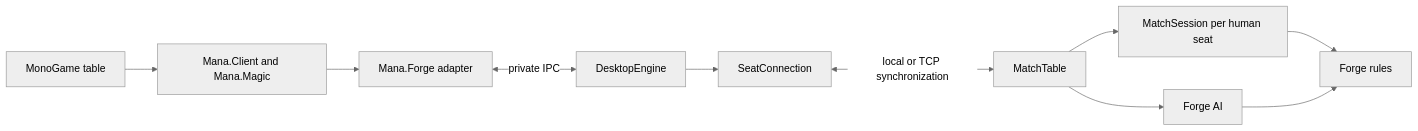
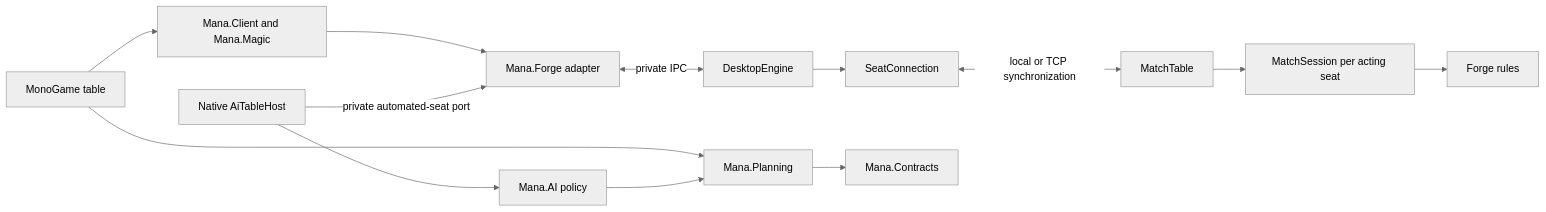
Before and after one commit to proflayton/Mana-Table: the second of 2 diagrams in docs/Development/Mana-Table-Architecture.md, drawn with Mermaid (neutral theme). The commit also changed other lines of this file and 242 other files, not shown here.

````diff
--- a/docs/Development/Mana-Table-Architecture.md
+++ b/docs/Development/Mana-Table-Architecture.md
@@ -1466,12 +1716,15 @@
 ```mermaid
 flowchart LR
     Native[MonoGame table] --> Client[Mana.Client and Mana.Magic]
+    Native --> Planning[Mana.Planning]
     Client --> Adapter[Mana.Forge adapter]
     Adapter <-->|private IPC| Host[DesktopEngine]
     Host --> Connection[SeatConnection]
     Connection <-->|local or TCP synchronization| Table[MatchTable]
-    Table --> Seats[MatchSession per human seat]
-    Table --> AI[Forge AI]
+    Table --> Seats[MatchSession per acting seat]
+    BotHost[Native AiTableHost] --> Policy[Mana.AI policy]
+    Policy --> Planning
+    Planning --> Contracts[Mana.Contracts]
+    BotHost -->|private automated-seat port| Adapter
     Seats --> Rules[Forge rules]
-    AI --> Rules
 ```
````
